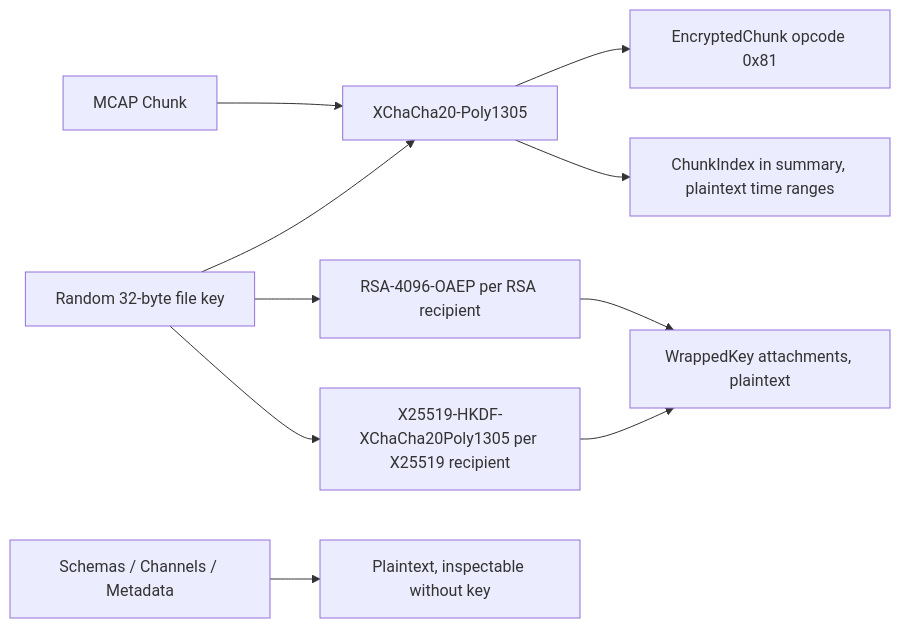
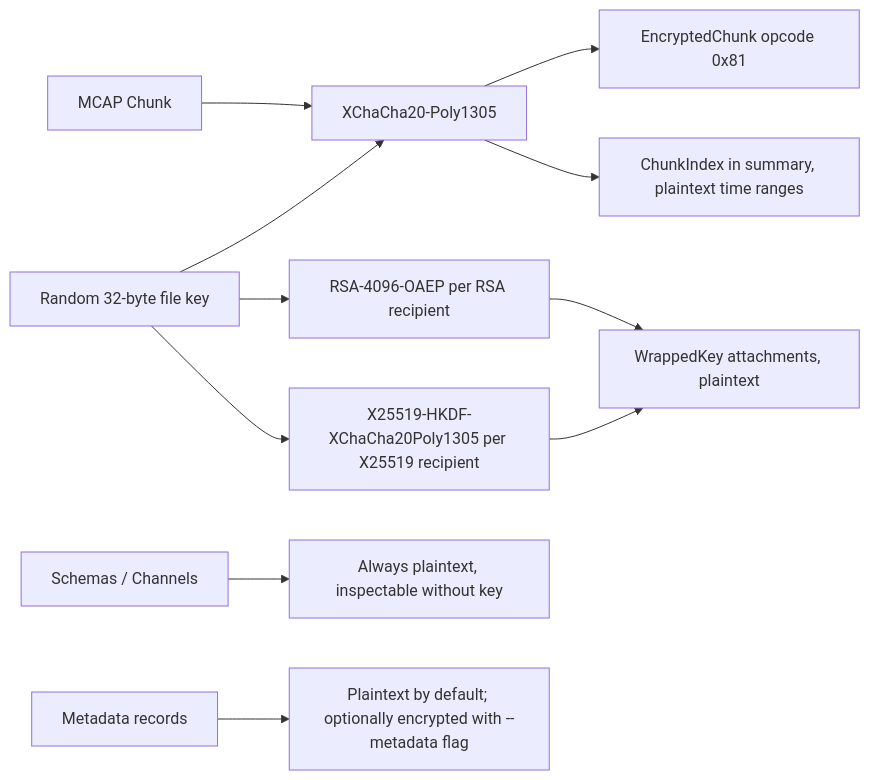
One commit to remete618/mcap-encrypt changed the diagram in README.md. Above: the diagram before and after it, drawn with Mermaid. The commit also changed other lines of this file, not shown here.

Commit message:
docs: add encryption levels table and update diagram for metadata modes

````diff
--- a/README.md
+++ b/README.md
@@ -84,12 +96,13 @@
 ```mermaid
 flowchart LR
     A[MCAP Chunk] --> B[XChaCha20-Poly1305]
     D[Random 32-byte file key] --> B
     B --> C[EncryptedChunk opcode 0x81]
     D --> E1[RSA-4096-OAEP per RSA recipient]
     D --> E2[X25519-HKDF-XChaCha20Poly1305 per X25519 recipient]
     E1 --> F[WrappedKey attachments, plaintext]
     E2 --> F
     B --> I[ChunkIndex in summary, plaintext time ranges]
-    G[Schemas / Channels / Metadata] --> H[Plaintext, inspectable without key]
+    G[Schemas / Channels] --> H[Always plaintext, inspectable without key]
+    M[Metadata records] --> N[Plaintext by default; optionally encrypted with --metadata flag]
 ```
````
